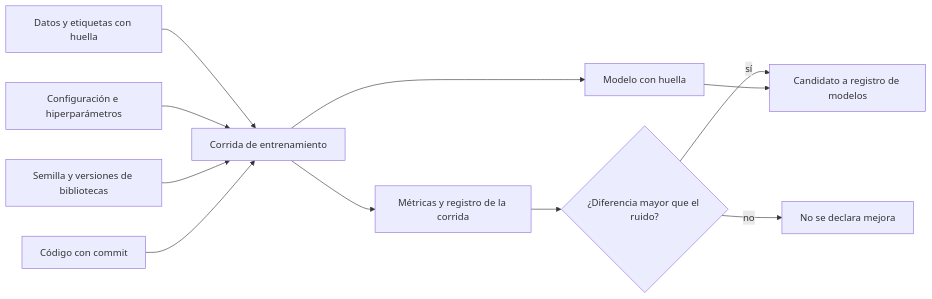
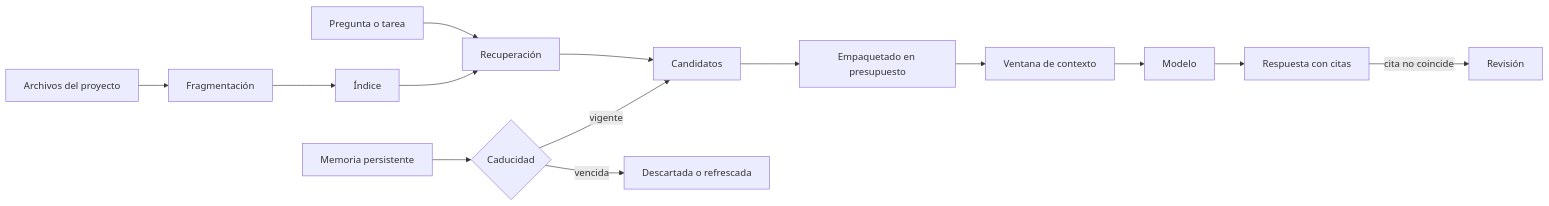
Before and after one commit to vladimiracunadev-create/modern-software-engineering-program: the diagram in content/part-46/SE-555.md, drawn with Mermaid. The commit also changed other lines of this file and 5193 other files, not shown here.

````diff
--- a/content/part-46/SE-555.md
+++ b/content/part-46/SE-555.md
@@ -59,13 +56,16 @@
 ```mermaid
 flowchart LR
-    A[Datos y etiquetas con huella] --> E[Corrida de entrenamiento]
-    B[Configuración e hiperparámetros] --> E
-    C[Semilla y versiones de bibliotecas] --> E
-    D[Código con commit] --> E
-    E --> F[Modelo con huella]
-    E --> G[Métricas y registro de la corrida]
-    G --> H{¿Diferencia mayor que el ruido?}
-    H -->|no| I[No se declara mejora]
-    H -->|sí| J[Candidato a registro de modelos]
-    F --> J
+    A[Pregunta o tarea] --> B[Recuperación]
+    C[Archivos del proyecto] --> D[Fragmentación]
+    D --> E[Índice]
+    E --> B
+    F[Memoria persistente] --> G{Caducidad}
+    G -->|vigente| H[Candidatos]
+    G -->|vencida| X[Descartada o refrescada]
+    B --> H
+    H --> I[Empaquetado en presupuesto]
+    I --> J[Ventana de contexto]
+    J --> K[Modelo]
+    K --> L[Respuesta con citas]
+    L -->|cita no coincide| M[Revisión]
 ```
````
